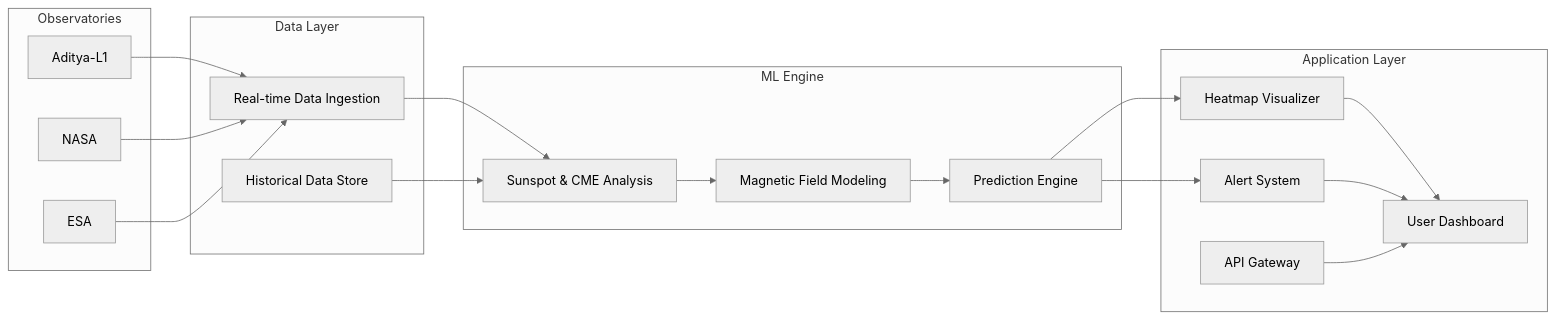
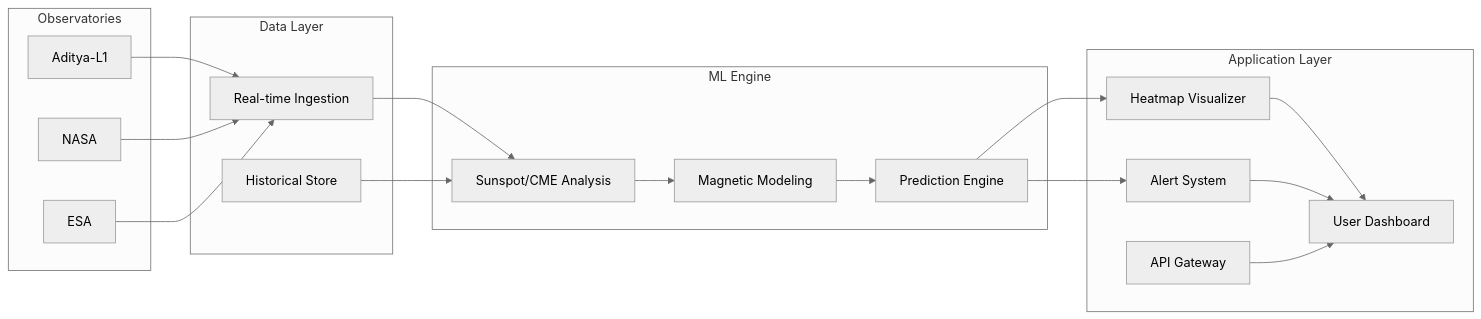
One commit to BeathovenGala/Auralis changed the second of 4 diagrams in README.md. Above: the diagram before and after it, drawn with Mermaid (neutral theme). The commit also changed other lines of this file, not shown here.

````diff
--- a/README.md
+++ b/README.md
@@ -737,35 +730,35 @@
 ```mermaid
 flowchart LR
     subgraph Observatories
-      A1[Aditya-L1]
-      A2[NASA]
-      A3[ESA]
+      O1[Aditya-L1]
+      O2[NASA]
+      O3[ESA]
     end
     subgraph Data Layer
-      B1[Real-time Data Ingestion]
-      B2[Historical Data Store]
+      DL1[Real-time Ingestion]
+      DL2[Historical Store]
     end
     subgraph ML Engine
-      C1[Sunspot & CME Analysis]
-      C2[Magnetic Field Modeling]
-      C3[Prediction Engine]
+      ML1[Sunspot/CME Analysis]
+      ML2[Magnetic Modeling]
+      ML3[Prediction Engine]
     end
     subgraph Application Layer
-      D1[Heatmap Visualizer]
-      D2[Alert System]
-      D3[API Gateway]
-      D4[User Dashboard]
+      AL1[Heatmap Visualizer]
+      AL2[Alert System]
+      AL3[API Gateway]
+      AL4[User Dashboard]
     end
-    A1 --> B1
-    A2 --> B1
-    A3 --> B1
-    B1 --> C1
-    B2 --> C1
-    C1 --> C2
-    C2 --> C3
-    C3 --> D1
-    C3 --> D2
-    D1 --> D4
-    D2 --> D4
-    D3 --> D4
+    O1 --> DL1
+    O2 --> DL1
+    O3 --> DL1
+    DL1 --> ML1
+    DL2 --> ML1
+    ML1 --> ML2
+    ML2 --> ML3
+    ML3 --> AL1
+    ML3 --> AL2
+    AL1 --> AL4
+    AL2 --> AL4
+    AL3 --> AL4
 ```
````
